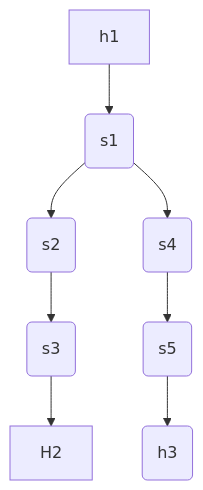
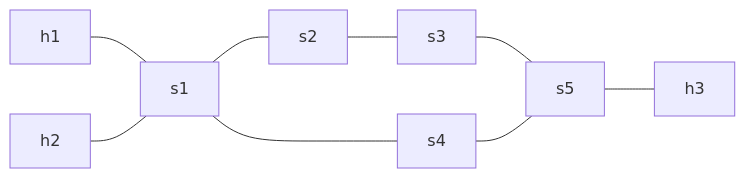
The diagram in Example6-MPLSSwitching/README.md (prona-p4-learning-platform/p4-boilerplate), drawn with Mermaid before and after one commit.

Commit message:
update README.md with new topology

````diff
--- a/Example6-MPLSSwitching/README.md
+++ b/Example6-MPLSSwitching/README.md
@@ -7,10 +7,11 @@
 ```mermaid
-flowchart TD
-    A[h1] --> B(s1)
-    B --> C(s2)
-    B --> F(s4)
-    F --> G(s5)
-    G --> H(h3)
-    C --> D(s3)
-    D --> E[H2]
+graph LR
+	A[h1] --- B[s1]
+	C[h2] --- B[s1]
+	B[s1] --- D[s2]
+	B[s1] --- E[s4]
+	D[s2] --- F[s3]
+	F[s3] --- G[h3]
+	E[s4] --- G[s5]
+	G[s5] --- H[h3]
 ```
````
